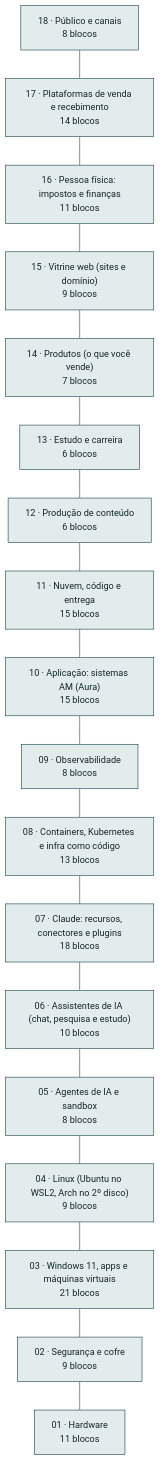
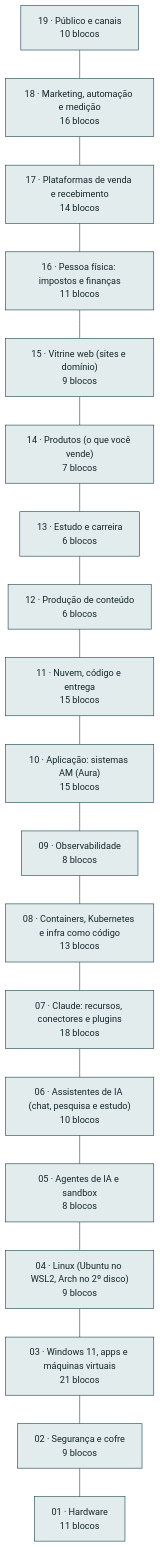
One commit to AlanMateus17/dev-setup changed the diagram in docs/arquitetura.md. Above: the diagram before and after it, drawn with Mermaid. The commit also changed other lines of this file and 33 other files, not shown here.

First line of the commit message:
feat: camada de marketing, automação e medição

````diff
--- a/docs/arquitetura.md
+++ b/docs/arquitetura.md
@@ -10,58 +10,42 @@
 ```mermaid
 flowchart TB
-  L_pub["18 · Público e canais<br/>8 blocos"]
+  L_pub["19 · Público e canais<br/>10 blocos"]
+  L_mkt["18 · Marketing, automação e medição<br/>16 blocos"]
   L_venda["17 · Plataformas de venda e recebimento<br/>14 blocos"]
   L_emp["16 · Pessoa física: impostos e finanças<br/>11 blocos"]
   L_web["15 · Vitrine web (sites e domínio)<br/>9 blocos"]
   L_prod["14 · Produtos (o que você vende)<br/>7 blocos"]
   L_est["13 · Estudo e carreira<br/>6 blocos"]
   L_cont["12 · Produção de conteúdo<br/>6 blocos"]
   L_nuvem["11 · Nuvem, código e entrega<br/>15 blocos"]
   L_app["10 · Aplicação: sistemas AM (Aura)<br/>15 blocos"]
   L_obs["09 · Observabilidade<br/>8 blocos"]
   L_cnt["08 · Containers, Kubernetes e infra como código<br/>13 blocos"]
   L_clc["07 · Claude: recursos, conectores e plugins<br/>18 blocos"]
   L_chat["06 · Assistentes de IA (chat, pesquisa e estudo)<br/>10 blocos"]
   L_ia["05 · Agentes de IA e sandbox<br/>8 blocos"]
   L_lin["04 · Linux (Ubuntu no WSL2, Arch no 2º disco)<br/>9 blocos"]
   L_win["03 · Windows 11, apps e máquinas virtuais<br/>21 blocos"]
   L_seg["02 · Segurança e cofre<br/>9 blocos"]
   L_hw["01 · Hardware<br/>11 blocos"]
-  L_pub --- L_venda
+  L_pub --- L_mkt
+  L_mkt --- L_venda
   L_venda --- L_emp
   L_emp --- L_web
   L_web --- L_prod
   L_prod --- L_est
   L_est --- L_cont
   L_cont --- L_nuvem
   L_nuvem --- L_app
   L_app --- L_obs
   L_obs --- L_cnt
   L_cnt --- L_clc
   L_clc --- L_chat
   L_chat --- L_ia
   L_ia --- L_lin
   L_lin --- L_win
   L_win --- L_seg
   L_seg --- L_hw
-  click L_pub "camadas/18-pub.md"
-  click L_venda "camadas/17-venda.md"
-  click L_emp "camadas/16-emp.md"
-  click L_web "camadas/15-web.md"
-  click L_prod "camadas/14-prod.md"
-  click L_est "camadas/13-est.md"
-  click L_cont "camadas/12-cont.md"
-  click L_nuvem "camadas/11-nuvem.md"
-  click L_app "camadas/10-app.md"
-  click L_obs "camadas/09-obs.md"
-  click L_cnt "camadas/08-cnt.md"
-  click L_clc "camadas/07-clc.md"
-  click L_chat "camadas/06-chat.md"
-  click L_ia "camadas/05-ia.md"
-  click L_lin "camadas/04-lin.md"
-  click L_win "camadas/03-win.md"
-  click L_seg "camadas/02-seg.md"
-  click L_hw "camadas/01-hw.md"
   classDef cam fill:#e2ecec,stroke:#0e3a45,color:#13262b
-  class L_pub,L_venda,L_emp,L_web,L_prod,L_est,L_cont,L_nuvem,L_app,L_obs,L_cnt,L_clc,L_chat,L_ia,L_lin,L_win,L_seg,L_hw cam
+  class L_pub,L_mkt,L_venda,L_emp,L_web,L_prod,L_est,L_cont,L_nuvem,L_app,L_obs,L_cnt,L_clc,L_chat,L_ia,L_lin,L_win,L_seg,L_hw cam
 ```
````
